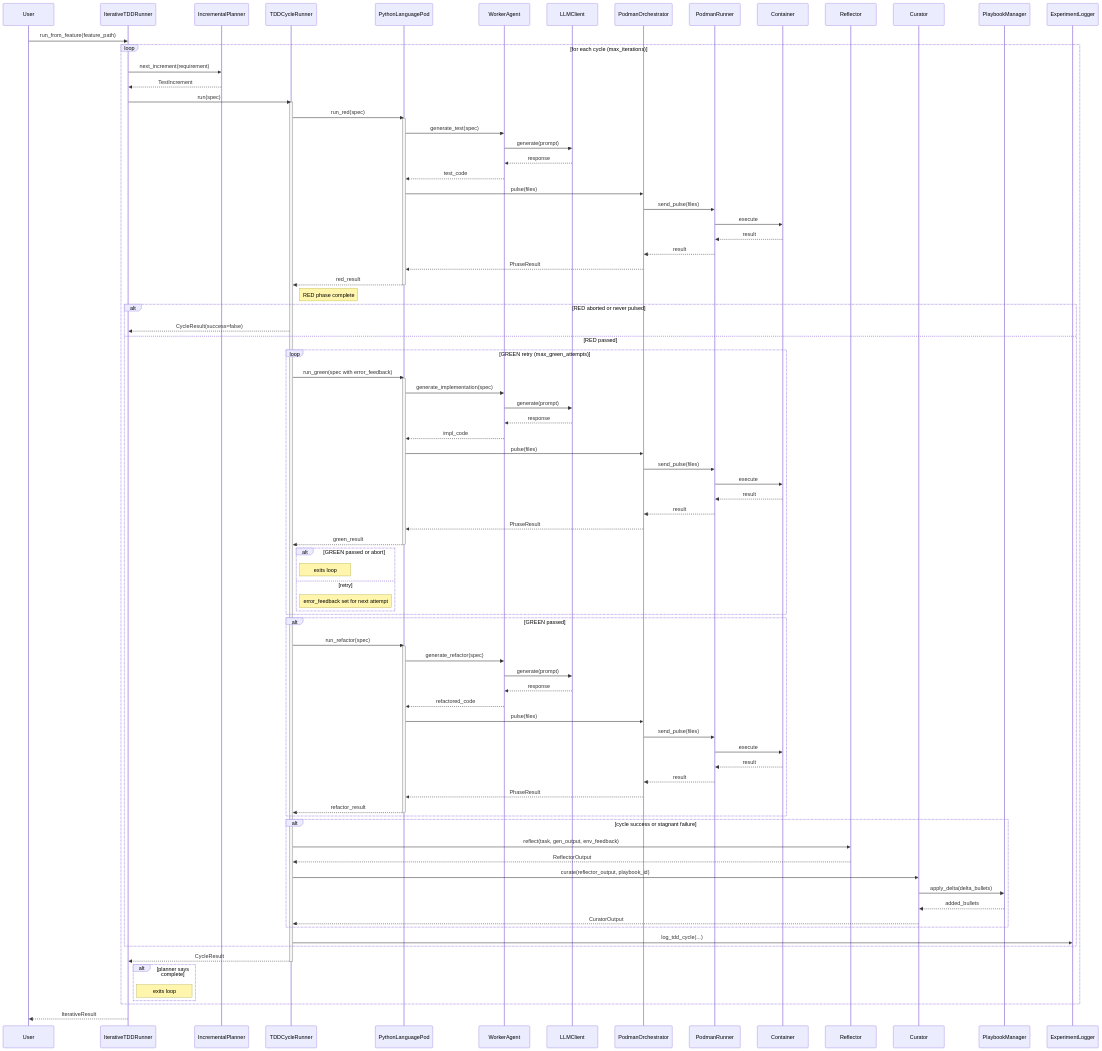
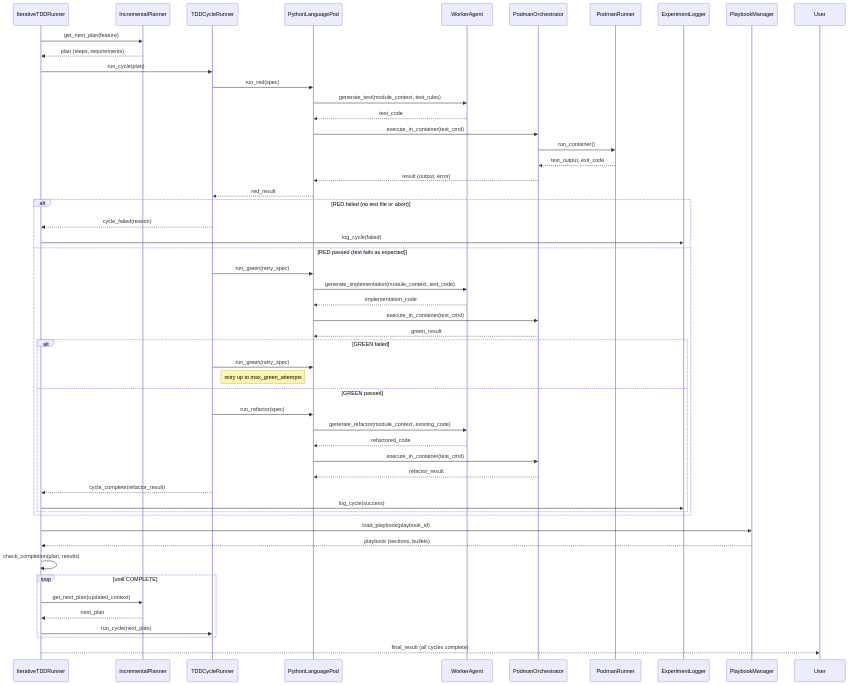
Before and after one commit to carlhuxley/ace_enterprise: the diagram in docs/SYSTEM_ARCHITECTURE.md, drawn with Mermaid. The commit also changed other lines of this file and 4 other files, not shown here.

````diff
--- a/docs/SYSTEM_ARCHITECTURE.md
+++ b/docs/SYSTEM_ARCHITECTURE.md
@@ -43,96 +37,55 @@
 ```mermaid
 sequenceDiagram
-    participant User
-    participant IterativeTDDRunner
-    participant IncrementalPlanner
-    participant TDDCycleRunner
-    participant PythonLanguagePod
-    participant WorkerAgent
-    participant LLMClient
-    participant PodmanOrchestrator
-    participant PodmanRunner
-    participant Container
-    participant Reflector
-    participant Curator
-    participant PlaybookManager
-    participant ExperimentLogger
+    participant Runner as IterativeTDDRunner
+    participant Planner as IncrementalPlanner
+    participant Cycle as TDDCycleRunner
+    participant Pod as PythonLanguagePod
+    participant Worker as WorkerAgent
+    participant Orch as PodmanOrchestrator
+    participant Cont as PodmanRunner
+    participant Logger as ExperimentLogger
+    participant Store as PlaybookManager
 
-    User->>IterativeTDDRunner: run_from_feature(feature_path)
-    loop for each cycle (max_iterations)
-        IterativeTDDRunner->>IncrementalPlanner: next_increment(requirement)
-        IncrementalPlanner-->>IterativeTDDRunner: TestIncrement
-        IterativeTDDRunner->>TDDCycleRunner: run(spec)
-        activate TDDCycleRunner
-        TDDCycleRunner->>PythonLanguagePod: run_red(spec)
-        activate PythonLanguagePod
-        PythonLanguagePod->>WorkerAgent: generate_test(spec)
-        WorkerAgent->>LLMClient: generate(prompt)
-        LLMClient-->>WorkerAgent: response
-        WorkerAgent-->>PythonLanguagePod: test_code
-        PythonLanguagePod->>PodmanOrchestrator: pulse(files)
-        PodmanOrchestrator->>PodmanRunner: send_pulse(files)
-        PodmanRunner->>Container: execute
-        Container-->>PodmanRunner: result
-        PodmanRunner-->>PodmanOrchestrator: result
-        PodmanOrchestrator-->>PythonLanguagePod: PhaseResult
-        PythonLanguagePod-->>TDDCycleRunner: red_result
-        deactivate PythonLanguagePod
-        Note right of TDDCycleRunner: RED phase complete
-        alt RED aborted or never pulsed
-            TDDCycleRunner-->>IterativeTDDRunner: CycleResult(success=false)
-        else RED passed
-            loop GREEN retry (max_green_attempts)
-                TDDCycleRunner->>PythonLanguagePod: run_green(spec with error_feedback)
-                activate PythonLanguagePod
-                PythonLanguagePod->>WorkerAgent: generate_implementation(spec)
-                WorkerAgent->>LLMClient: generate(prompt)
-                LLMClient-->>WorkerAgent: response
-                WorkerAgent-->>PythonLanguagePod: impl_code
-                PythonLanguagePod->>PodmanOrchestrator: pulse(files)
-                PodmanOrchestrator->>PodmanRunner: send_pulse(files)
-                PodmanRunner->>Container: execute
-                Container-->>PodmanRunner: result
-                PodmanRunner-->>PodmanOrchestrator: result
-                PodmanOrchestrator-->>PythonLanguagePod: PhaseResult
-                PythonLanguagePod-->>TDDCycleRunner: green_result
-                deactivate PythonLanguagePod
-                alt GREEN passed or abort
-                    Note right of TDDCycleRunner: exits loop
-                else retry
-                    Note right of TDDCycleRunner: error_feedback set for next attempt
-                end
-            end
-            alt GREEN passed
-                TDDCycleRunner->>PythonLanguagePod: run_refactor(spec)
-                activate PythonLanguagePod
-                PythonLanguagePod->>WorkerAgent: generate_refactor(spec)
-                WorkerAgent->>LLMClient: generate(prompt)
-                LLMClient-->>WorkerAgent: response
-                WorkerAgent-->>PythonLanguagePod: refactored_code
-                PythonLanguagePod->>PodmanOrchestrator: pulse(files)
-                PodmanOrchestrator->>PodmanRunner: send_pulse(files)
-                PodmanRunner->>Container: execute
-                Container-->>PodmanRunner: result
-                PodmanRunner-->>PodmanOrchestrator: result
-                PodmanOrchestrator-->>PythonLanguagePod: PhaseResult
-                PythonLanguagePod-->>TDDCycleRunner: refactor_result
-                deactivate PythonLanguagePod
-            end
-            alt cycle success or stagnant failure
-                TDDCycleRunner->>Reflector: reflect(task, gen_output, env_feedback)
-                Reflector-->>TDDCycleRunner: ReflectorOutput
-                TDDCycleRunner->>Curator: curate(reflector_output, playbook_id)
-                Curator->>PlaybookManager: apply_delta(delta_bullets)
-                PlaybookManager-->>Curator: added_bullets
-                Curator-->>TDDCycleRunner: CuratorOutput
-            end
-            TDDCycleRunner->>ExperimentLogger: log_tdd_cycle(...)
-        end
-        TDDCycleRunner-->>IterativeTDDRunner: CycleResult
-        deactivate TDDCycleRunner
-        alt planner says complete
-            Note right of IterativeTDDRunner: exits loop
+    Runner->>Planner: get_next_plan(feature)
+    Planner-->>Runner: plan (steps, requirements)
+    Runner->>Cycle: run_cycle(plan)
+    Cycle->>Pod: run_red(spec)
+    Pod->>Worker: generate_test(module_context, test_rules)
+    Worker-->>Pod: test_code
+    Pod->>Orch: execute_in_container(test_cmd)
+    Orch->>Cont: run_container()
+    Cont-->>Orch: test_output, exit_code
+    Orch-->>Pod: result (output, error)
+    Pod-->>Cycle: red_result
+    alt RED failed (no test file or abort)
+        Cycle-->>Runner: cycle_failed(reason)
+        Runner->>Logger: log_cycle(failed)
+    else RED passed (test fails as expected)
+        Cycle->>Pod: run_green(retry_spec)
+        Pod->>Worker: generate_implementation(module_context, test_code)
+        Worker-->>Pod: implementation_code
+        Pod->>Orch: execute_in_container(test_cmd)
+        Orch-->>Pod: green_result
+        alt GREEN failed
+            Cycle->>Pod: run_green(retry_spec)
+            Note right of Cycle: retry up to max_green_attempts
+        else GREEN passed
+            Cycle->>Pod: run_refactor(spec)
+            Pod->>Worker: generate_refactor(module_context, existing_code)
+            Worker-->>Pod: refactored_code
+            Pod->>Orch: execute_in_container(test_cmd)
+            Orch-->>Pod: refactor_result
+            Cycle-->>Runner: cycle_complete(refactor_result)
+            Runner->>Logger: log_cycle(success)
         end
     end
-    IterativeTDDRunner-->>User: IterativeResult
+    Runner->>Store: load_playbook(playbook_id)
+    Store-->>Runner: playbook (sections, bullets)
+    Runner->>Runner: check_completion(plan, results)
+    loop until COMPLETE
+        Runner->>Planner: get_next_plan(updated_context)
+        Planner-->>Runner: next_plan
+        Runner->>Cycle: run_cycle(next_plan)
+    end
+    Runner-->>User: final_result (all cycles complete)
 ```
````
